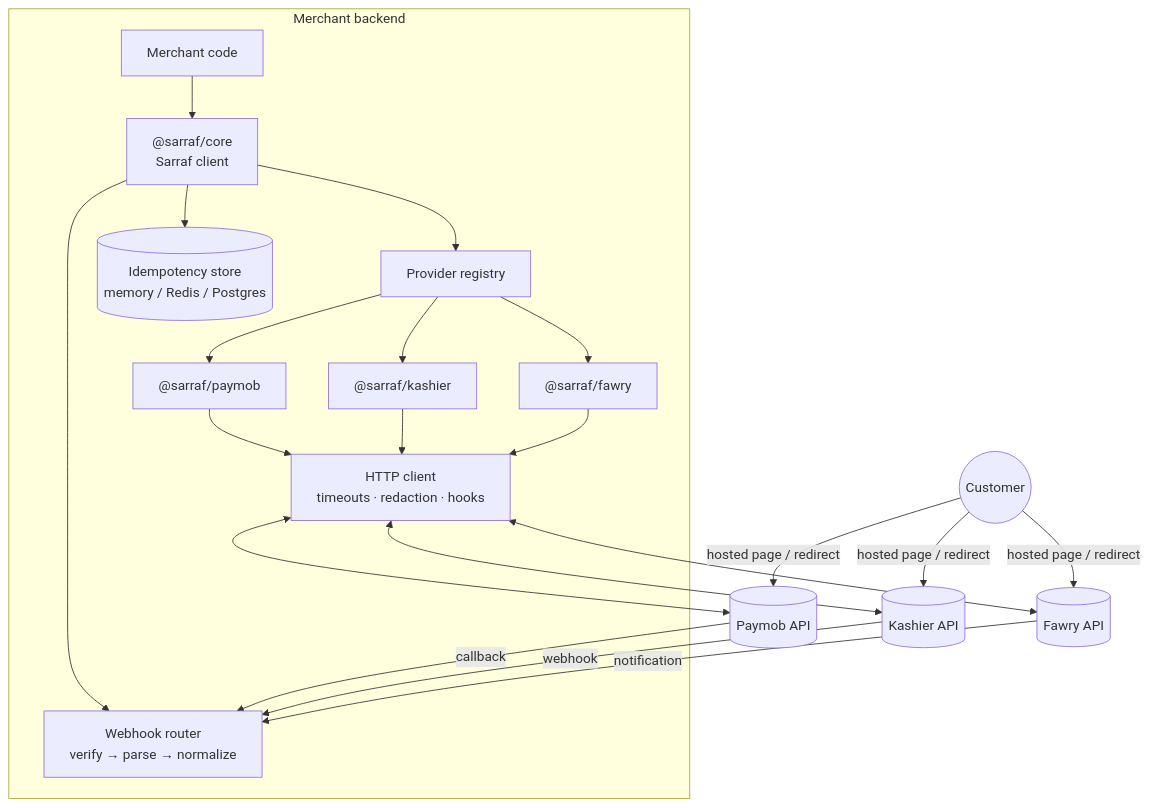
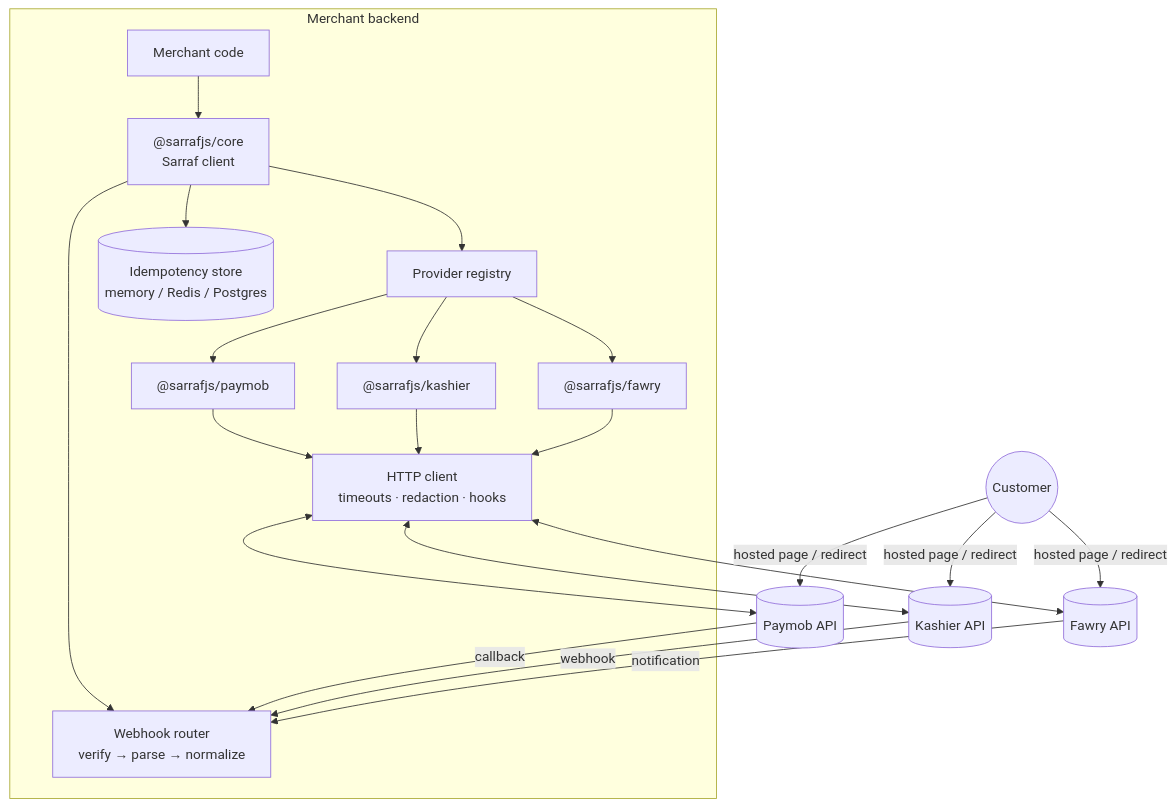
Before and after one commit to muhammedalaa1/sarraf: the first of 3 diagrams in PLAN (1).md, drawn with Mermaid. The commit also changed other lines of this file and 141 other files, not shown here.

````diff
--- a/PLAN (1).md
+++ b/PLAN (1).md
@@ -117,20 +117,20 @@
 ```mermaid
 flowchart TB
   subgraph Merchant backend
-    APP[Merchant code] --> CORE["@sarraf/core<br/>Sarraf client"]
+    APP[Merchant code] --> CORE["@sarrafjs/core<br/>Sarraf client"]
     CORE --> REG[Provider registry]
-    REG --> PM["@sarraf/paymob"]
-    REG --> KS["@sarraf/kashier"]
-    REG --> FW["@sarraf/fawry"]
+    REG --> PM["@sarrafjs/paymob"]
+    REG --> KS["@sarrafjs/kashier"]
+    REG --> FW["@sarrafjs/fawry"]
     CORE --> WH[Webhook router<br/>verify → parse → normalize]
     CORE --> IDEM[(Idempotency store<br/>memory / Redis / Postgres)]
     PM & KS & FW --> HTTP[HTTP client<br/>timeouts · redaction · hooks]
   end
   HTTP <--> PAYMOB[(Paymob API)]
   HTTP <--> KASHIER[(Kashier API)]
   HTTP <--> FAWRY[(Fawry API)]
   PAYMOB -- callback --> WH
   KASHIER -- webhook --> WH
   FAWRY -- notification --> WH
   CUSTOMER((Customer)) -- hosted page / redirect --> PAYMOB & KASHIER & FAWRY
 ```
````
